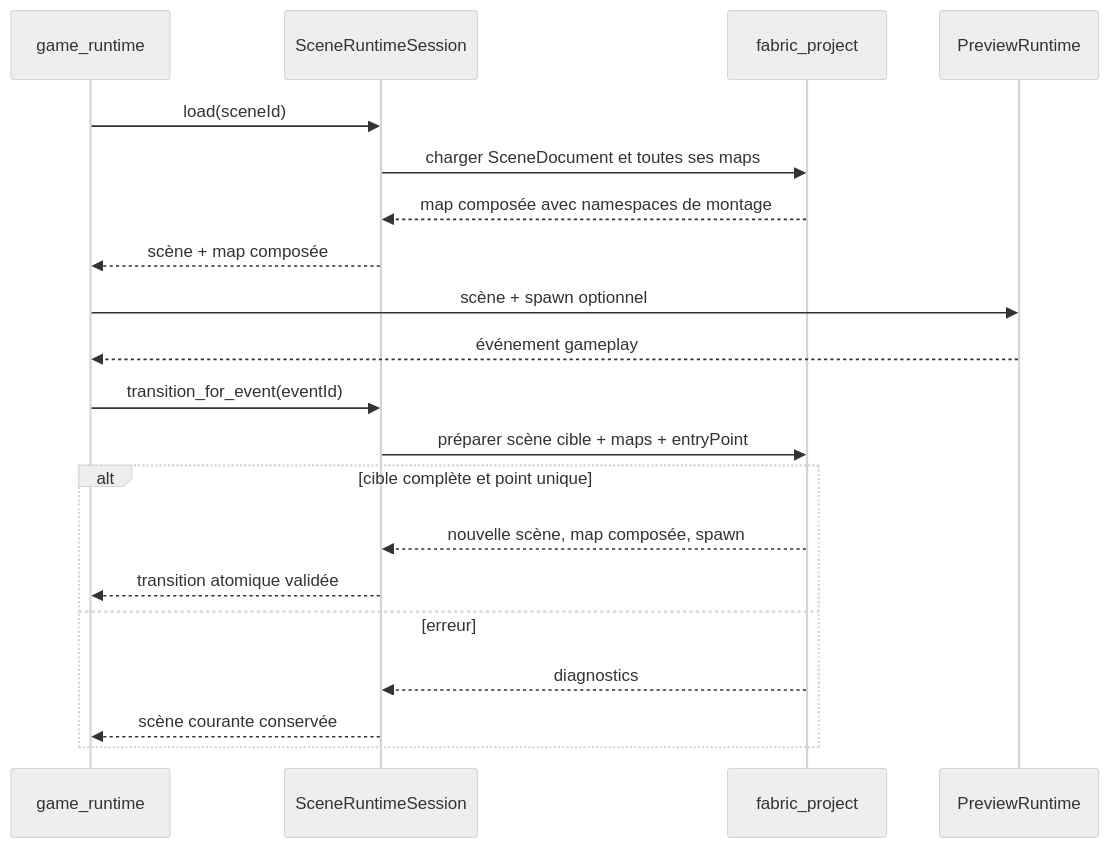
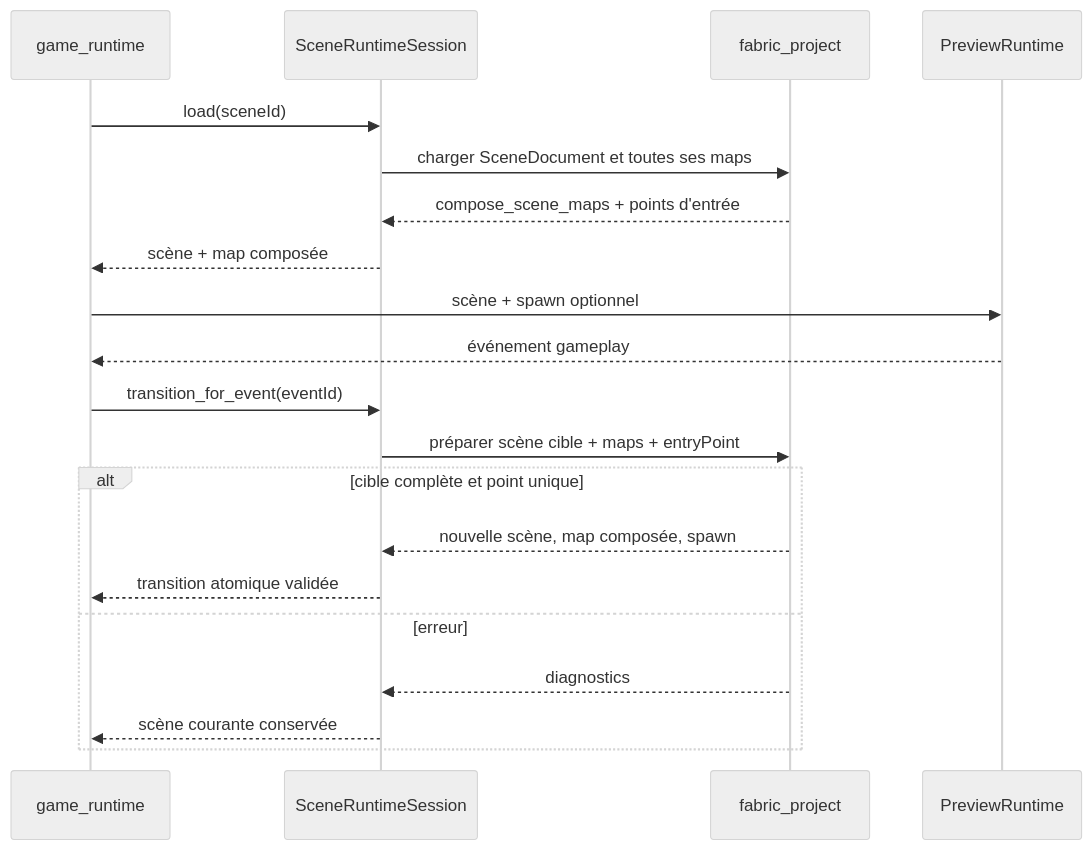
Before and after one commit to tristan-monticelli/vertex-loom: the diagram in docs/architecture/flows/scene-composition-transition.md, drawn with Mermaid (neutral theme). The commit also changed other lines of this file and 12 other files, not shown here.

Commit message:
feat(scene): compose maps and apply entry points

````diff
--- a/docs/architecture/flows/scene-composition-transition.md
+++ b/docs/architecture/flows/scene-composition-transition.md
@@ -3,23 +3,23 @@
 ```mermaid
 sequenceDiagram
     participant Game as game_runtime
     participant Session as SceneRuntimeSession
     participant Project as fabric_project
     participant Preview as PreviewRuntime
 
     Game->>Session: load(sceneId)
     Session->>Project: charger SceneDocument et toutes ses maps
-    Project-->>Session: map composée avec namespaces de montage
+    Project-->>Session: compose_scene_maps + points d'entrée
     Session-->>Game: scène + map composée
     Game->>Preview: scène + spawn optionnel
     Preview-->>Game: événement gameplay
     Game->>Session: transition_for_event(eventId)
     Session->>Project: préparer scène cible + maps + entryPoint
     alt cible complète et point unique
         Project-->>Session: nouvelle scène, map composée, spawn
         Session-->>Game: transition atomique validée
     else erreur
         Project-->>Session: diagnostics
         Session-->>Game: scène courante conservée
     end
 ```
````
